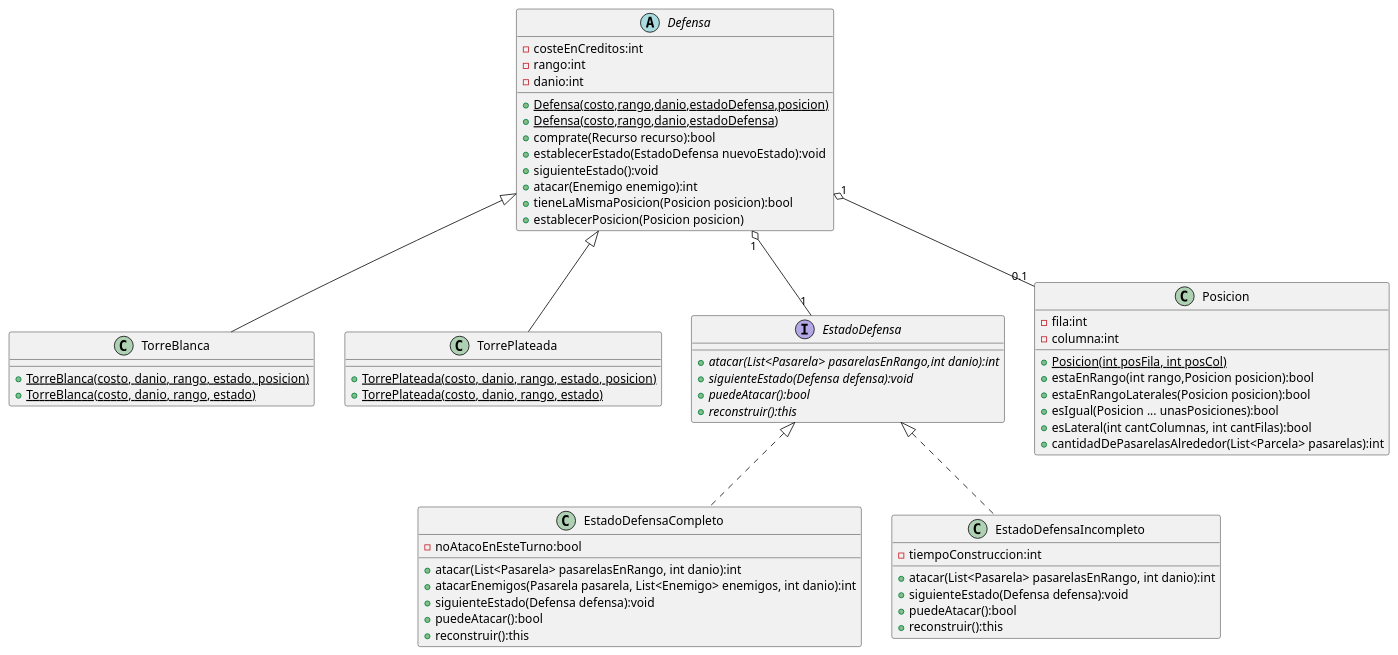
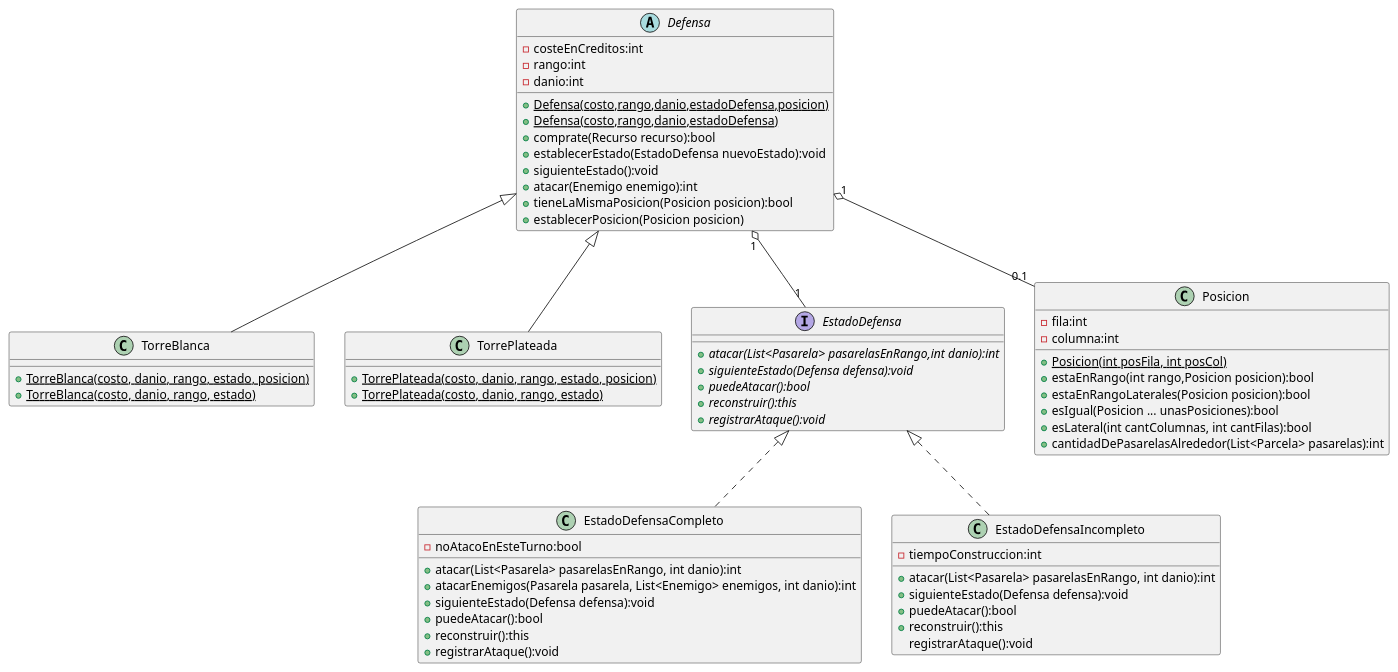
The diagram in diagrams/classes/Ent2/defensa.plantuml (lucas96will/algo3_tp2_fiuba), drawn with PlantUML before and after one commit.

Commit message:
add registrarAtaque() in class diagram defensa.plantuml CAO

```diff
--- a/diagrams/classes/Ent2/defensa.plantuml
+++ b/diagrams/classes/Ent2/defensa.plantuml
@@ -1,69 +1,72 @@
 @startuml
 
 abstract Defensa {
     -costeEnCreditos:int
     -rango:int
     -danio:int
     {static}+Defensa(costo,rango,danio,estadoDefensa,posicion)
     {static}+Defensa(costo,rango,danio,estadoDefensa)
     +comprate(Recurso recurso):bool
     +establecerEstado(EstadoDefensa nuevoEstado):void
     +siguienteEstado():void
     +atacar(Enemigo enemigo):int
     +tieneLaMismaPosicion(Posicion posicion):bool
     +establecerPosicion(Posicion posicion)
 }
 
 class TorreBlanca {
     {static}+TorreBlanca(costo, danio, rango, estado, posicion)
     {static}+TorreBlanca(costo, danio, rango, estado)
 }
 
 class TorrePlateada {
     {static}+TorrePlateada(costo, danio, rango, estado, posicion)
     {static}+TorrePlateada(costo, danio, rango, estado)
 }
 
 interface EstadoDefensa {
     {abstract}+atacar(List<Pasarela> pasarelasEnRango,int danio):int
     {abstract}+siguienteEstado(Defensa defensa):void
     {abstract}+puedeAtacar():bool
     {abstract}+reconstruir():this
+    {abstract}+registrarAtaque():void
 }
 
 class EstadoDefensaCompleto {
     -noAtacoEnEsteTurno:bool
     +atacar(List<Pasarela> pasarelasEnRango, int danio):int
     +atacarEnemigos(Pasarela pasarela, List<Enemigo> enemigos, int danio):int
     +siguienteEstado(Defensa defensa):void
     +puedeAtacar():bool
     +reconstruir():this
+    +registrarAtaque():void
 }
 
 class EstadoDefensaIncompleto {
     -tiempoConstruccion:int
     +atacar(List<Pasarela> pasarelasEnRango, int danio):int
     +siguienteEstado(Defensa defensa):void
     +puedeAtacar():bool
     +reconstruir():this
+    registrarAtaque():void
 }
 
 class Posicion {
     -fila:int
     -columna:int
     {static}+Posicion(int posFila, int posCol)
     +estaEnRango(int rango,Posicion posicion):bool
     +estaEnRangoLaterales(Posicion posicion):bool
     +esIgual(Posicion ... unasPosiciones):bool
     +esLateral(int cantColumnas, int cantFilas):bool
     +cantidadDePasarelasAlrededor(List<Parcela> pasarelas):int
 }
 
 EstadoDefensa <|.. EstadoDefensaCompleto
 EstadoDefensa <|.. EstadoDefensaIncompleto
 Defensa <|-- TorreBlanca
 Defensa <|-- TorrePlateada
 Defensa "1" o-- "1" EstadoDefensa
 Defensa "1" o-- "0.1" Posicion
 
 @enduml
```
